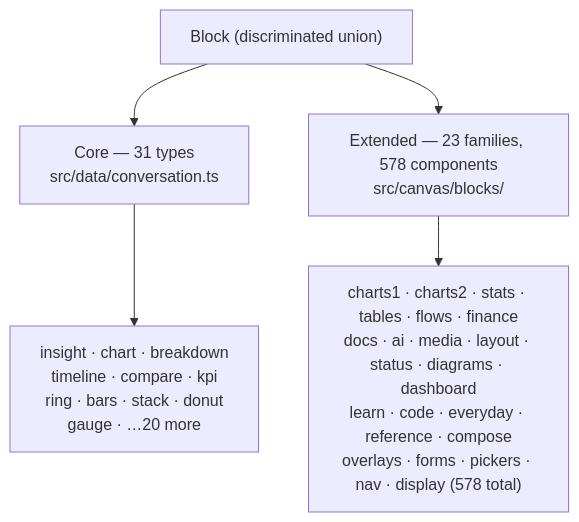
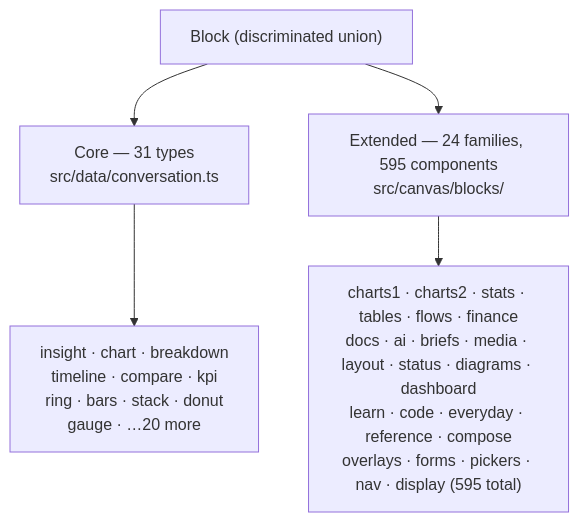
One commit to TryMaveaAI/mavea changed the second of 4 diagrams in ARCHITECTURE.md. Above: the diagram before and after it, drawn with Mermaid. The commit also changed other lines of this file and 187 other files, not shown here.

````diff
--- a/ARCHITECTURE.md
+++ b/ARCHITECTURE.md
@@ -128,7 +128,7 @@
 ```mermaid
 graph TD
     B["Block (discriminated union)"] --> CORE["Core — 31 types\nsrc/data/conversation.ts"]
-    B --> EXT["Extended — 23 families, 578 components\nsrc/canvas/blocks/"]
+    B --> EXT["Extended — 24 families, 595 components\nsrc/canvas/blocks/"]
     CORE --> c1["insight · chart · breakdown\ntimeline · compare · kpi\nring · bars · stack · donut\ngauge · …20 more"]
-    EXT --> e1["charts1 · charts2 · stats · tables · flows · finance\ndocs · ai · media · layout · status · diagrams · dashboard\nlearn · code · everyday · reference · compose\noverlays · forms · pickers · nav · display (578 total)"]
+    EXT --> e1["charts1 · charts2 · stats · tables · flows · finance\ndocs · ai · briefs · media · layout · status · diagrams · dashboard\nlearn · code · everyday · reference · compose\noverlays · forms · pickers · nav · display (595 total)"]
 ```
````
